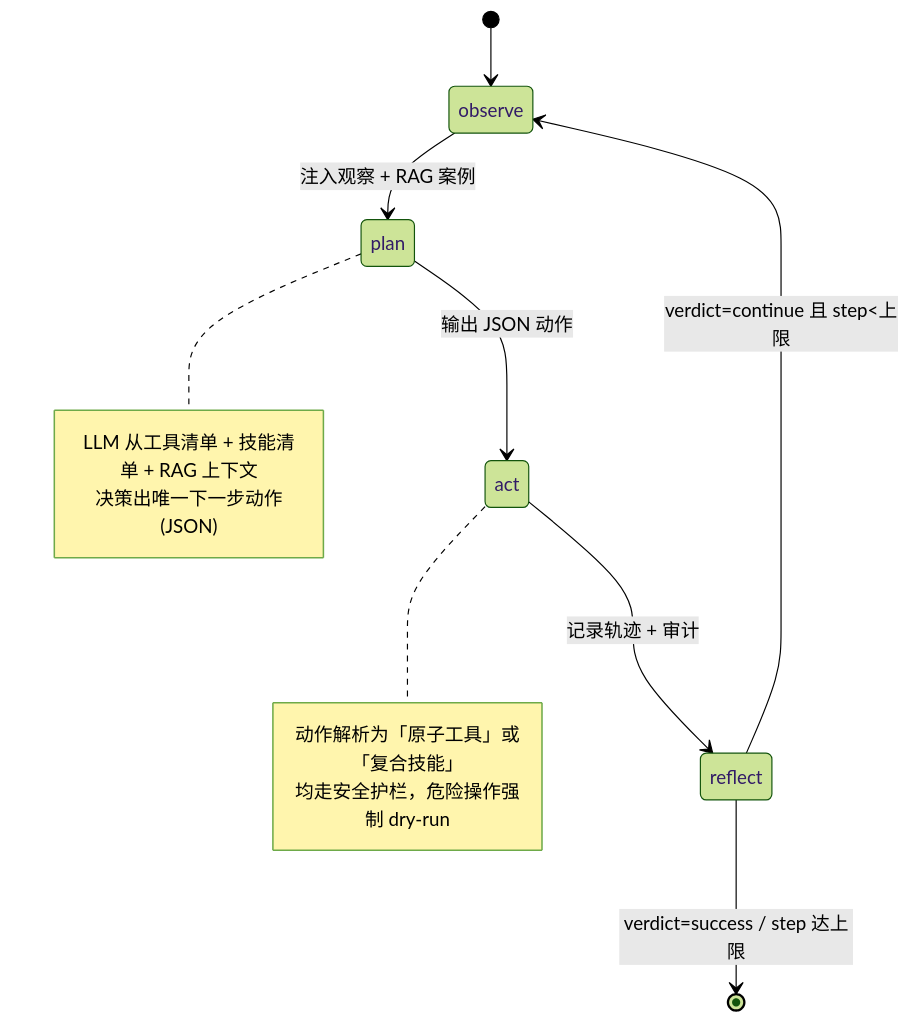
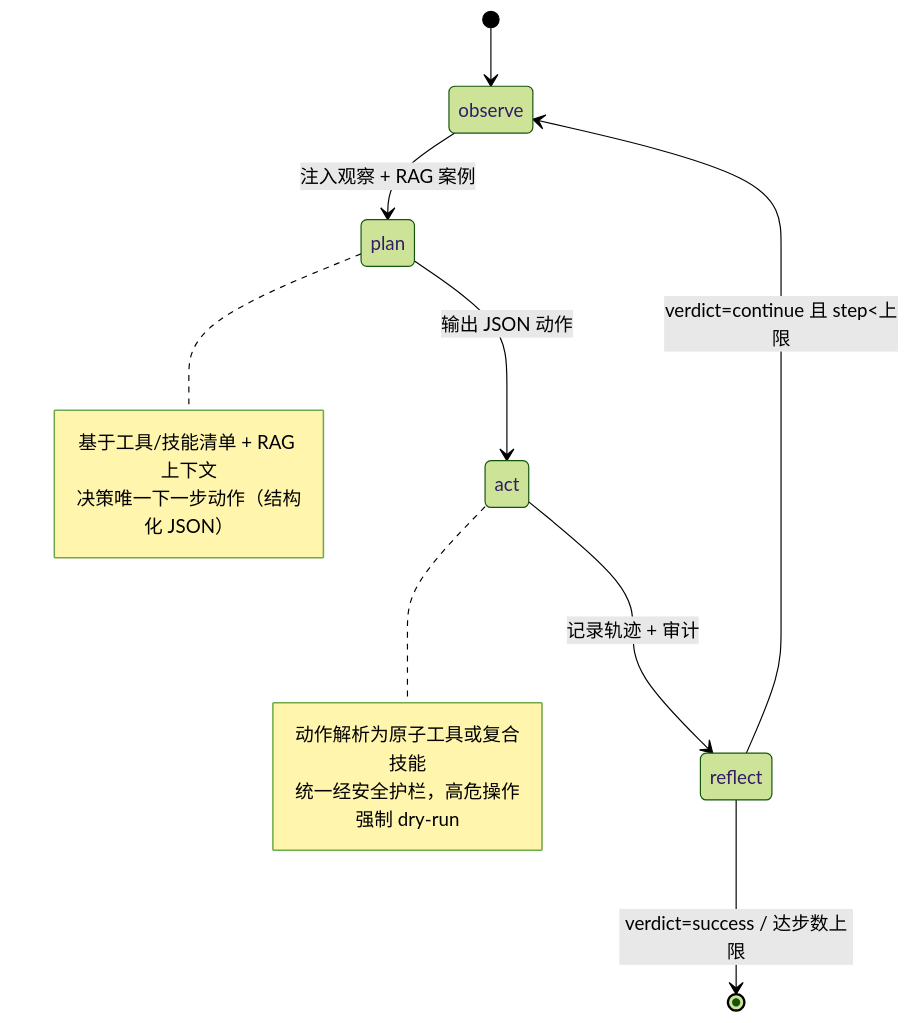
The second of 2 diagrams in README.md (x1Fan-lcx/PE_agent), drawn with Mermaid (forest theme) before and after one commit. The commit also changed other lines of this file, not shown here.

````diff
--- a/README.md
+++ b/README.md
@@ -109,18 +112,18 @@
 ```mermaid
 stateDiagram-v2
     [*] --> observe
     observe --> plan : 注入观察 + RAG 案例
     plan --> act : 输出 JSON 动作
     act --> reflect : 记录轨迹 + 审计
     reflect --> observe : verdict=continue 且 step<上限
-    reflect --> [*] : verdict=success / step 达上限
+    reflect --> [*] : verdict=success / 达步数上限
 
     note right of plan
-        LLM 从工具清单 + 技能清单 + RAG 上下文
-        决策出唯一下一步动作(JSON)
+        基于工具/技能清单 + RAG 上下文
+        决策唯一下一步动作（结构化 JSON）
     end note
     note right of act
-        动作解析为「原子工具」或「复合技能」
-        均走安全护栏，危险操作强制 dry-run
+        动作解析为原子工具或复合技能
+        统一经安全护栏，高危操作强制 dry-run
     end note
 ```
````
